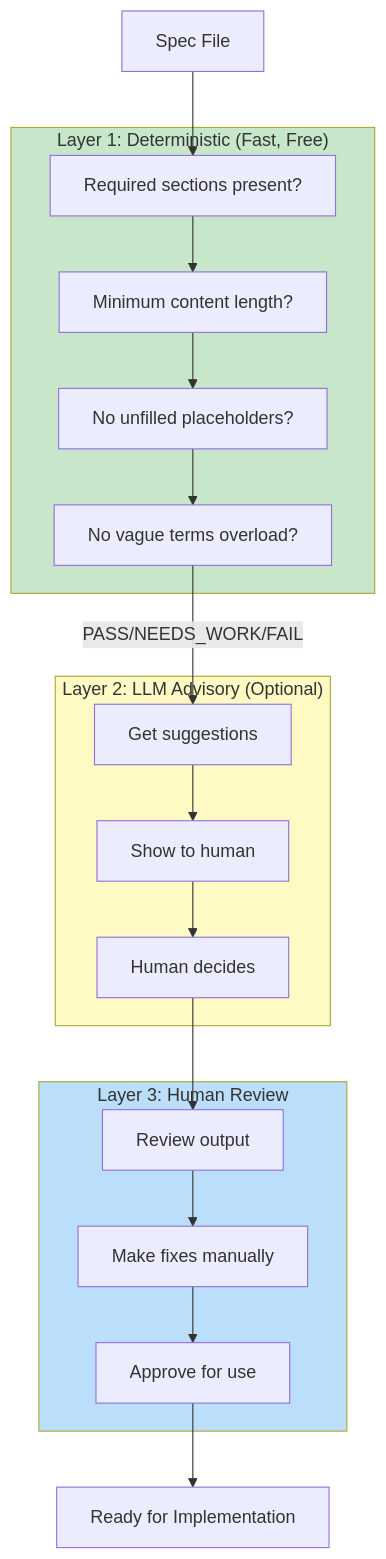
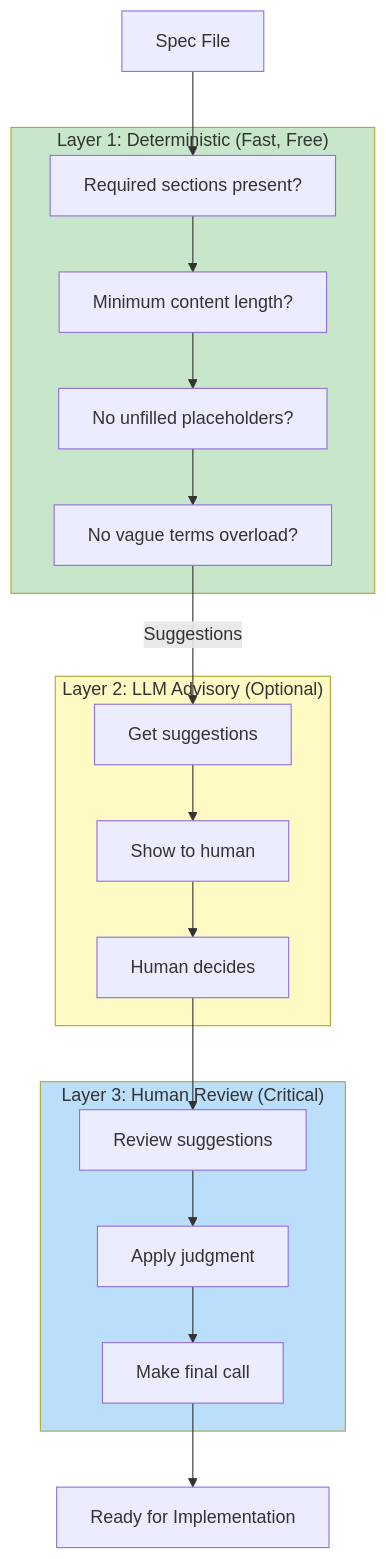
One commit to saselvan/design-ops-plugin changed the diagram in docs/v3-simplified.md. Above: the diagram before and after it, drawn with Mermaid. The commit also changed other lines of this file and 1 other file, not shown here.

First line of the commit message:
v3.2: Reframe output as checklist assistant, not judge

````diff
--- a/docs/v3-simplified.md
+++ b/docs/v3-simplified.md
@@ -59,31 +67,31 @@
 ```mermaid
 flowchart TB
     subgraph Layer1["Layer 1: Deterministic (Fast, Free)"]
         D1[Required sections present?]
         D2[Minimum content length?]
         D3[No unfilled placeholders?]
         D4[No vague terms overload?]
     end
 
     subgraph Layer2["Layer 2: LLM Advisory (Optional)"]
         L1[Get suggestions]
         L2[Show to human]
         L3[Human decides]
     end
 
-    subgraph Layer3["Layer 3: Human Review"]
-        H1[Review output]
-        H2[Make fixes manually]
-        H3[Approve for use]
+    subgraph Layer3["Layer 3: Human Review (Critical)"]
+        H1[Review suggestions]
+        H2[Apply judgment]
+        H3[Make final call]
     end
 
     SPEC[Spec File] --> D1 --> D2 --> D3 --> D4
-    D4 --> |PASS/NEEDS_WORK/FAIL| L1
+    D4 --> |Suggestions| L1
     L1 --> L2 --> L3
     L3 --> H1 --> H2 --> H3
     H3 --> DONE[Ready for Implementation]
 
     style Layer1 fill:#c8e6c9
     style Layer2 fill:#fff9c4
     style Layer3 fill:#bbdefb
 ```
````
